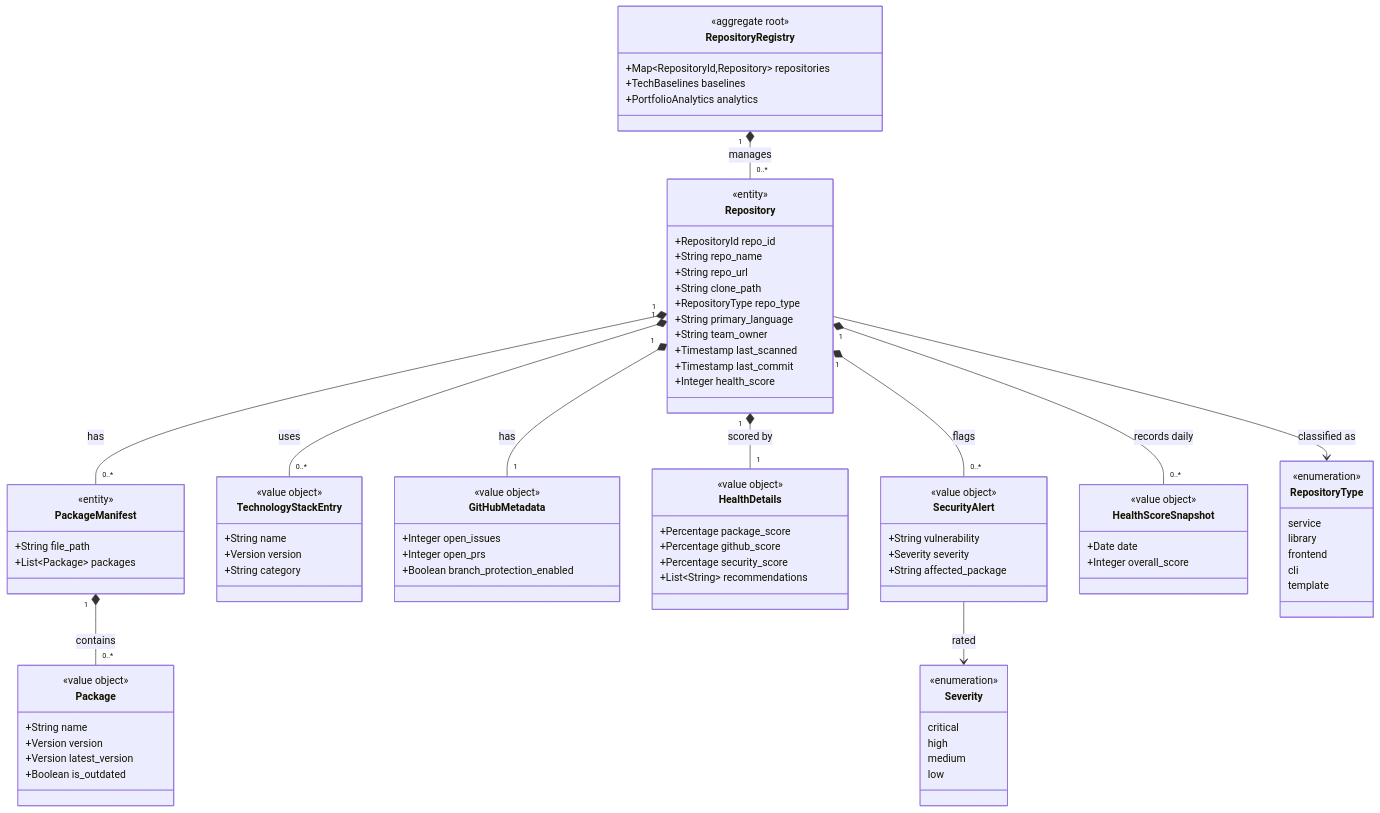
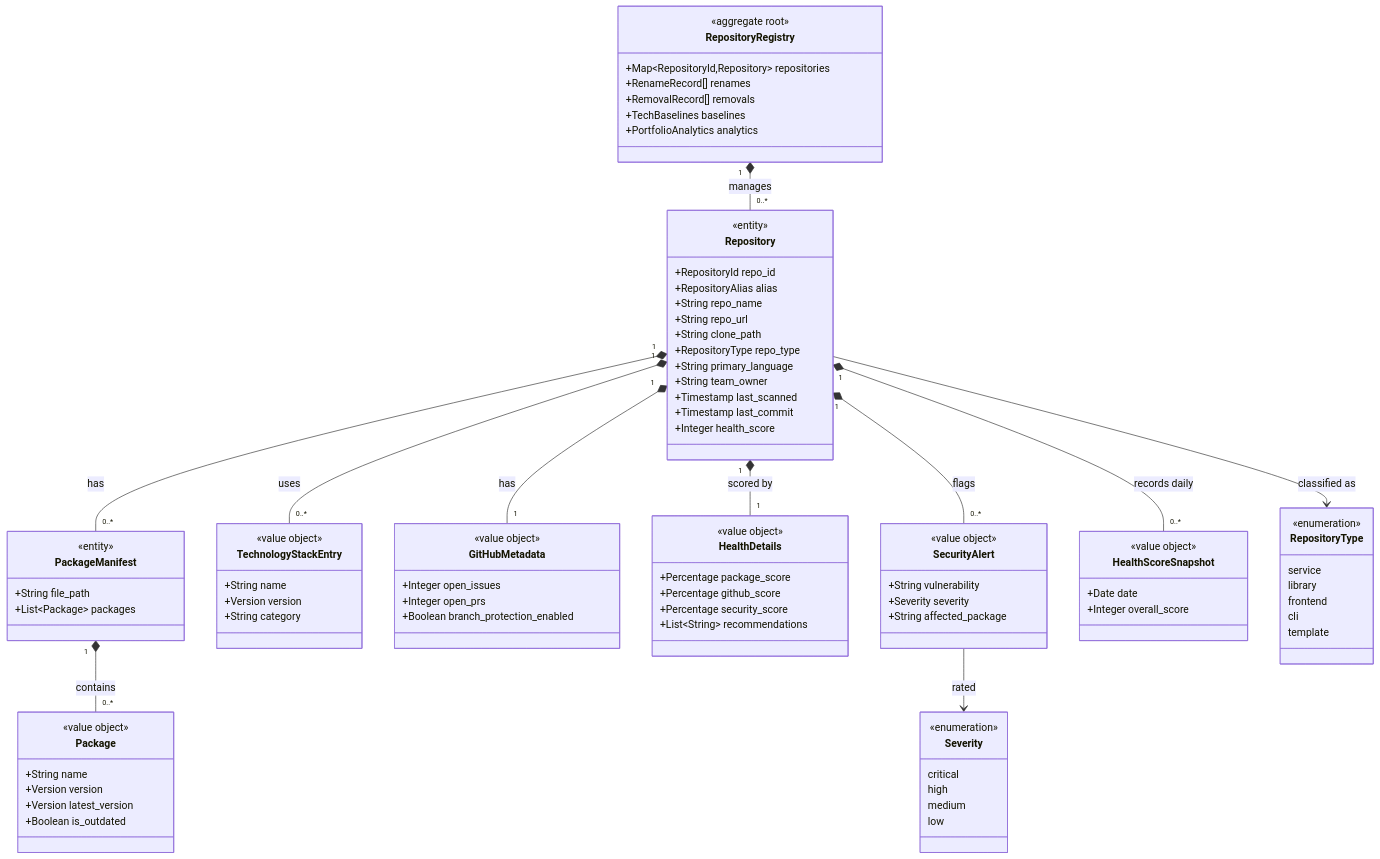
One commit to JSdotNet/Backlog changed the diagram in .devbook/domain/repository-management/model.md. Above: the diagram before and after it, drawn with Mermaid. The commit also changed other lines of this file and 131 other files, not shown here.

```diff
--- a/.devbook/domain/repository-management/model.md
+++ b/.devbook/domain/repository-management/model.md
@@ -17,12 +17,15 @@
     class RepositoryRegistry {
         <<aggregate root>>
         +Map~RepositoryId,Repository~ repositories
+        +RenameRecord[] renames
+        +RemovalRecord[] removals
         +TechBaselines baselines
         +PortfolioAnalytics analytics
     }
     class Repository {
         <<entity>>
         +RepositoryId repo_id
+        +RepositoryAlias alias
         +String repo_name
         +String repo_url
         +String clone_path
```
